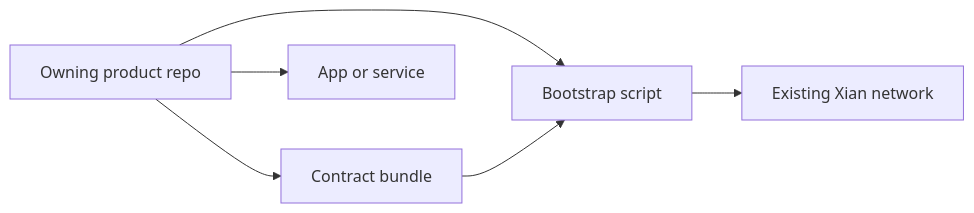
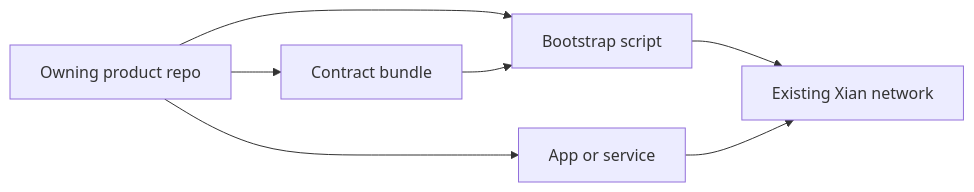
Before and after one commit to xian-technology/xian-docs-web: the diagram in products/index.md, drawn with Mermaid. The commit also changed other lines of this file and 24 other files, not shown here.

First line of the commit message:
Docs audit: expand products section, fix drifted content, add diagrams

````diff
--- a/products/index.md
+++ b/products/index.md
@@ -30,14 +45,15 @@
 ```mermaid
 flowchart LR
   Repo["Owning product repo"]
   Bundle["Contract bundle"]
   Bootstrap["Bootstrap script"]
   App["App or service"]
   Network["Existing Xian network"]
 
   Repo --> Bundle
   Repo --> Bootstrap
   Repo --> App
   Bundle --> Bootstrap
   Bootstrap --> Network
+  App --> Network
 ```
````
